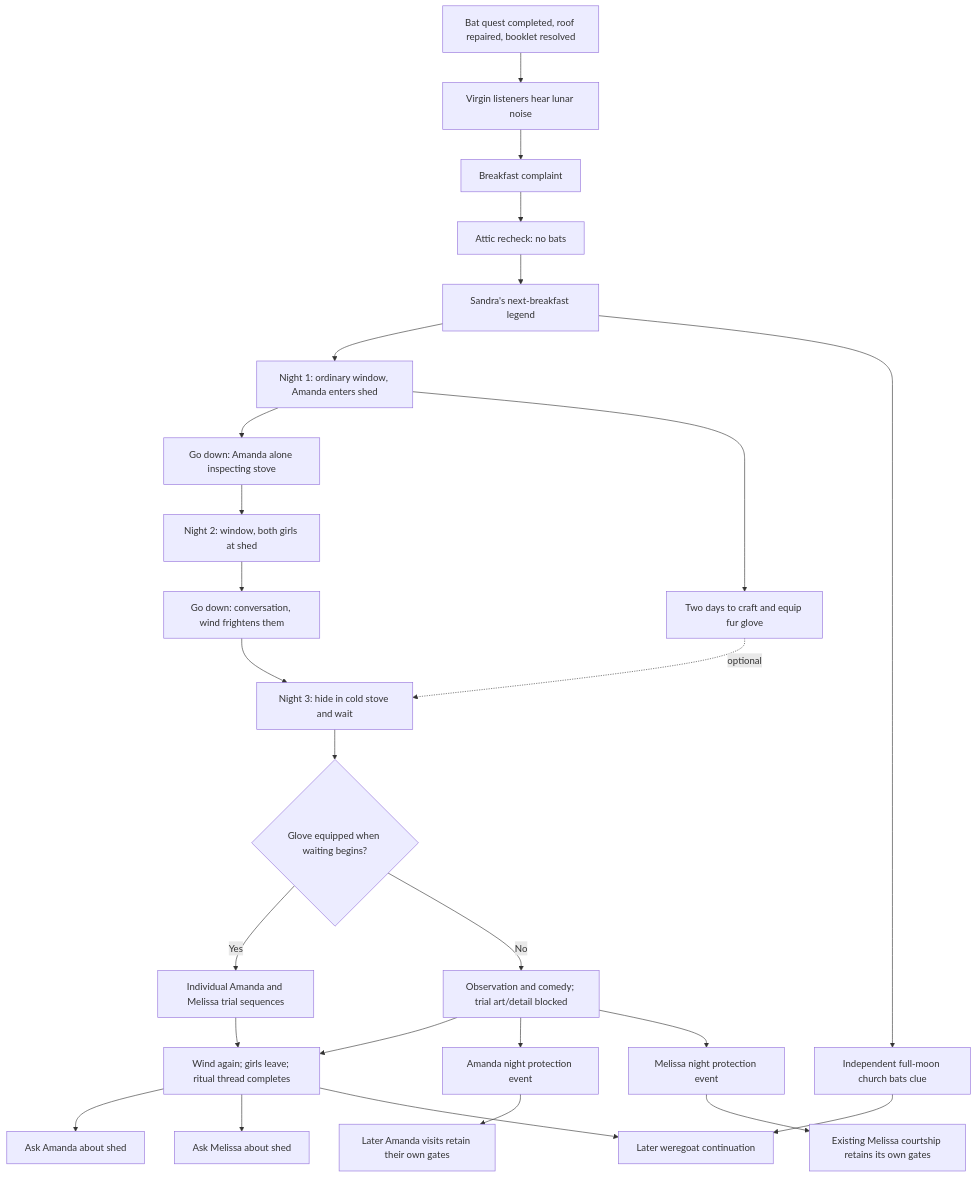
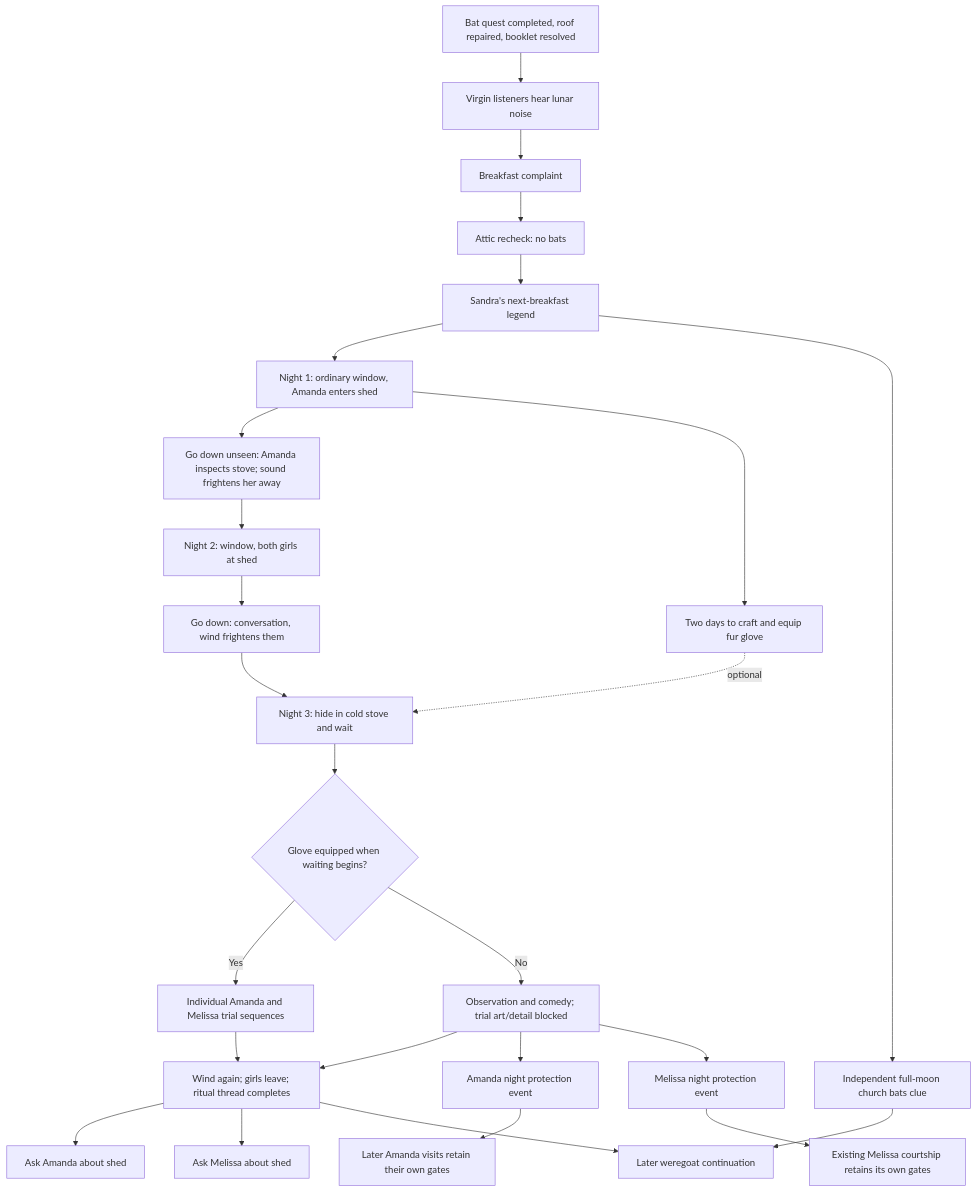
The diagram in devdocs/characters/moon_noise_stove_ghost_event_plan.md (BaZeLR/Billy-Bones-Inn-), drawn with Mermaid before and after one commit. The commit also changed other lines of this file, not shown here.

````diff
--- a/devdocs/characters/moon_noise_stove_ghost_event_plan.md
+++ b/devdocs/characters/moon_noise_stove_ghost_event_plan.md
@@ -42,28 +44,28 @@
 ```mermaid
 flowchart TD
     B[Bat quest completed, roof repaired, booklet resolved] --> N[Virgin listeners hear lunar noise]
     N --> BF[Breakfast complaint]
     BF --> A[Attic recheck: no bats]
     A --> S[Sandra's next-breakfast legend]
     S --> W1[Night 1: ordinary window, Amanda enters shed]
-    W1 --> C1[Go down: Amanda alone inspecting stove]
+    W1 --> C1[Go down unseen: Amanda inspects stove; sound frightens her away]
     W1 --> G[Two days to craft and equip fur glove]
     C1 --> W2[Night 2: window, both girls at shed]
     W2 --> C2[Go down: conversation, wind frightens them]
     C2 --> H[Night 3: hide in cold stove and wait]
     G -. optional .-> H
     H --> Q{Glove equipped when waiting begins?}
     Q -->|Yes| T[Individual Amanda and Melissa trial sequences]
     Q -->|No| NG[Observation and comedy; trial art/detail blocked]
     T --> F[Wind again; girls leave; ritual thread completes]
     NG --> F
     NG --> PA[Amanda night protection event]
     NG --> PM[Melissa night protection event]
     PA --> AP[Later Amanda visits retain their own gates]
     PM --> MP[Existing Melissa courtship retains its own gates]
     F --> DA[Ask Amanda about shed]
     F --> DM[Ask Melissa about shed]
     S --> CH[Independent full-moon church bats clue]
     CH --> WG[Later weregoat continuation]
     F --> WG
 ```
````
